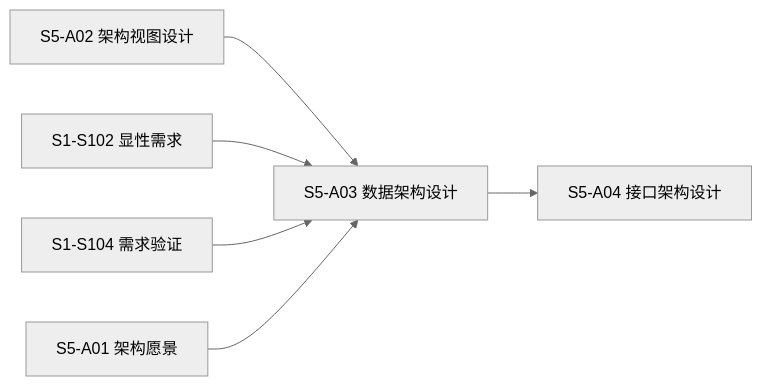
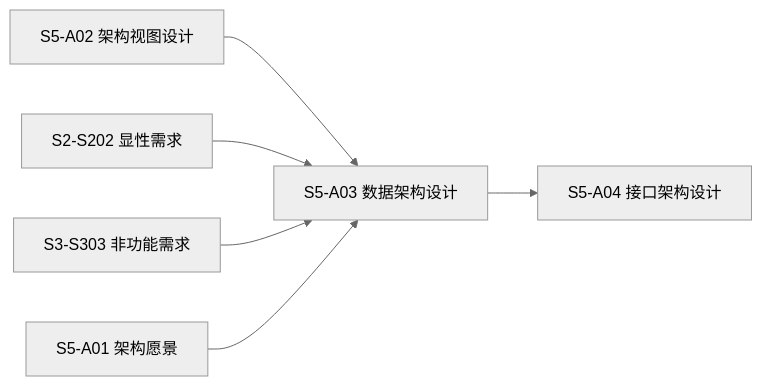
The second of 3 diagrams in skills/s5-data/SKILL.md (HeartFlying/swf), drawn with Mermaid (neutral theme) before and after one commit. The commit also changed other lines of this file and 256 other files, not shown here.

````diff
--- a/skills/s5-data/SKILL.md
+++ b/skills/s5-data/SKILL.md
@@ -201,8 +201,8 @@
 ```mermaid
 graph LR
     A[S5-A02 架构视图设计] --> B[S5-A03 数据架构设计]
-    C[S1-S102 显性需求] --> B
-    D[S1-S104 需求验证] --> B
+    C[S2-S202 显性需求] --> B
+    D[S3-S303 非功能需求] --> B
     E[S5-A01 架构愿景] --> B
     B --> F[S5-A04 接口架构设计]
 ```
````
